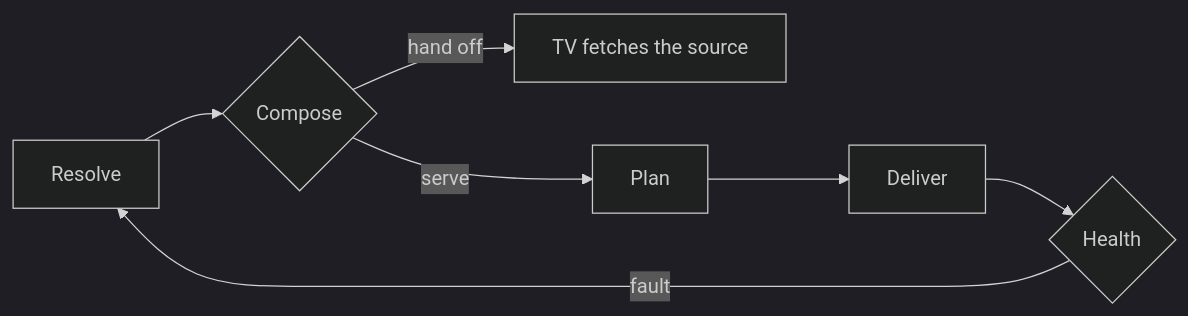
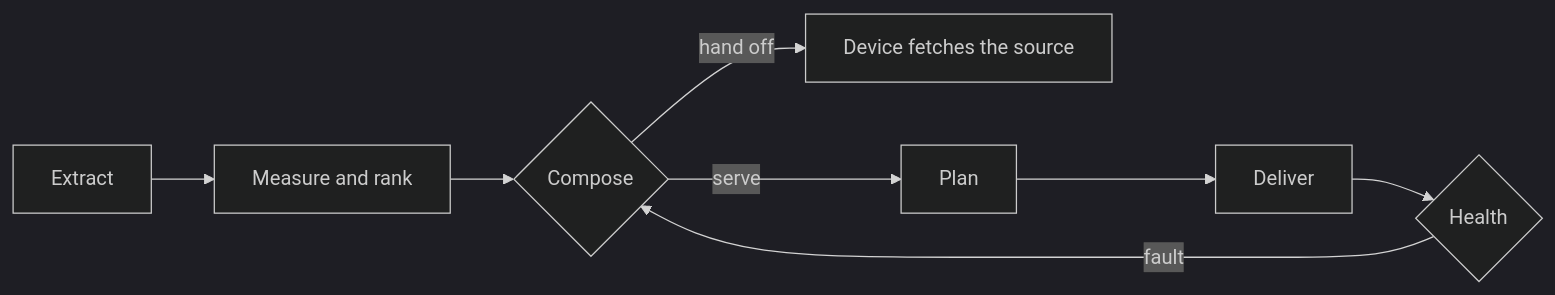
The third of 3 diagrams in ARCHITECTURE.md (birhantprkc/castor), drawn with Mermaid (dark theme) before and after one commit. The commit also changed other lines of this file and 3 other files, not shown here.

First line of the commit message:
docs: rewrite ARCHITECTURE.md around tiers, topologies and boundaries

````diff
--- a/ARCHITECTURE.md
+++ b/ARCHITECTURE.md
@@ -79,7 +101,7 @@
 ```mermaid
 flowchart LR
-    resolve[Resolve] --> compose{Compose}
-    compose -- hand off --> tv[TV fetches the source]
+    extract[Extract] --> rank[Measure and rank] --> compose{Compose}
+    compose -- hand off --> fetch[Device fetches the source]
     compose -- serve --> plan[Plan] --> deliver[Deliver] --> health{Health}
-    health -- fault --> resolve
+    health -- fault --> compose
 ```
````
